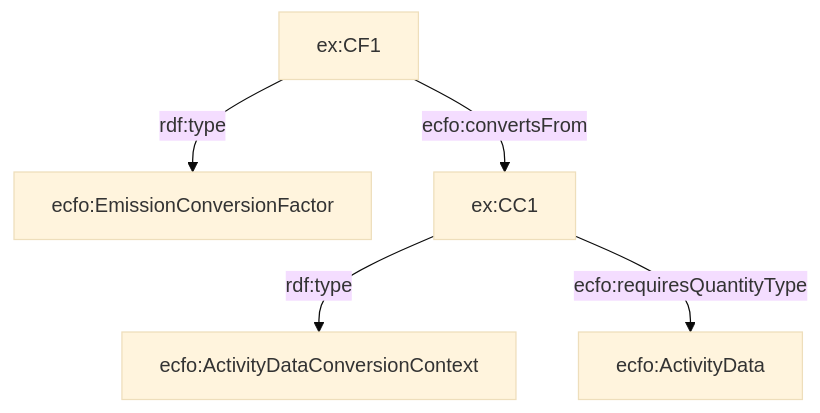
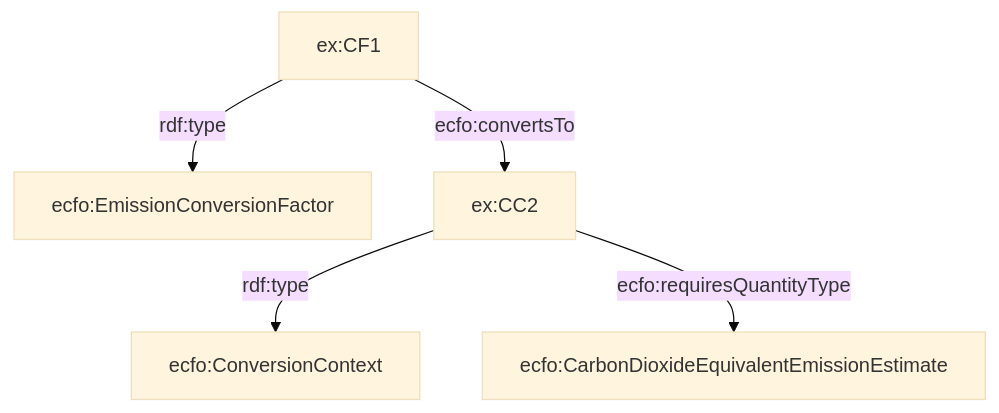
One commit to TEC-Toolkit/ECFO changed the seventh of 10 diagrams in development/doc.md. Above: the diagram before and after it, drawn with Mermaid (base theme). The commit also changed other lines of this file, not shown here.

````diff
--- a/development/doc.md
+++ b/development/doc.md
@@ -110,13 +111,13 @@
 ```mermaid
 graph TD
     CF[ecfo:EmissionConversionFactor]
-    CE[ecfo:ActivityDataConversionContext]
-    EX[ecfo:ActivityData]
+    CE[ecfo:ConversionContext]
+    EX[ecfo:CarbonDioxideEquivalentEmissionEstimate]
     EX1[ex:CF1]
-    EX2[ex:CC1]
+    EX2[ex:CC2]
 
  EX1 -- "rdf:type" --> CF
   EX2 -- "rdf:type" --> CE
-    EX1 -- "ecfo:convertsFrom" --> EX2
+    EX1 -- "ecfo:convertsTo" --> EX2
     EX2 -- "ecfo:requiresQuantityType" -->  EX
 ```
````
